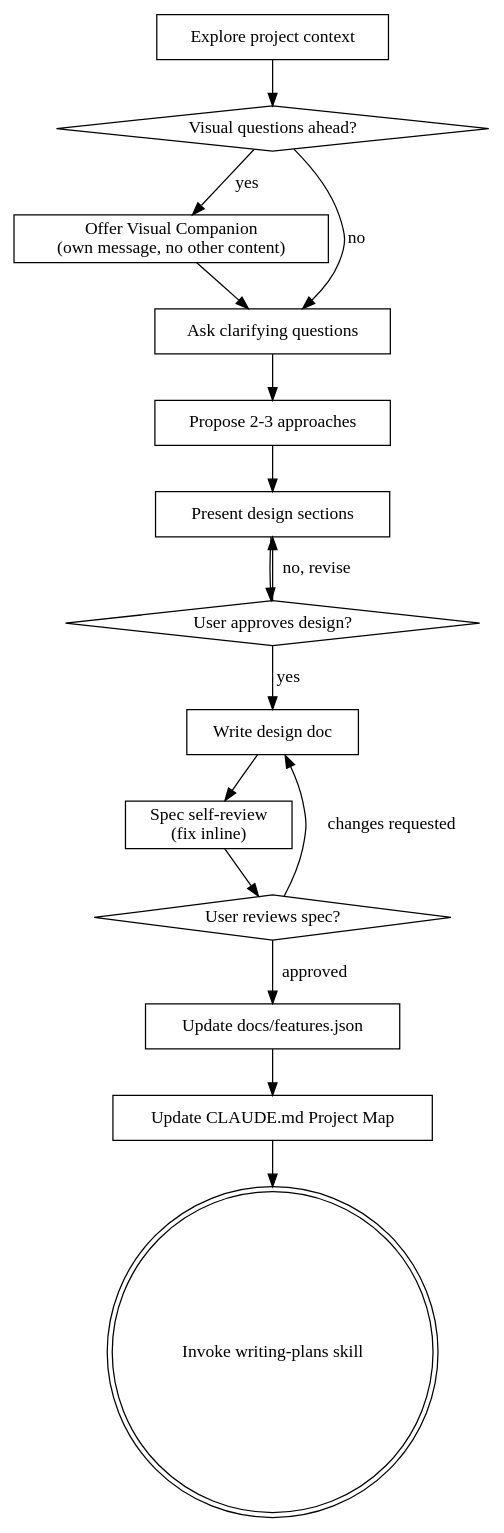
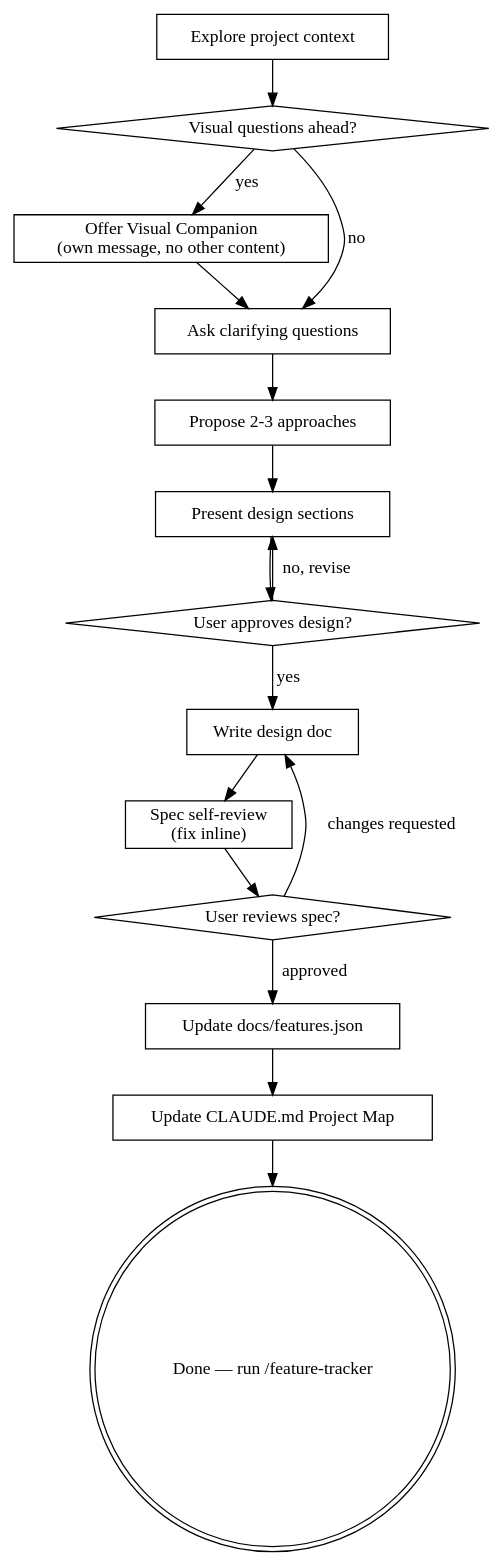
One commit to shawnyin128/superpowers changed the diagram in skills/brainstorming/SKILL.md. Above: the diagram before and after it, drawn with Graphviz. The commit also changed other lines of this file, not shown here.

First line of the commit message:
[skills]: brainstorming ends at features.json, no longer calls writing-plans

````diff
--- a/skills/brainstorming/SKILL.md
+++ b/skills/brainstorming/SKILL.md
@@ -39,34 +39,34 @@
 ```dot
 digraph brainstorming {
     "Explore project context" [shape=box];
     "Visual questions ahead?" [shape=diamond];
     "Offer Visual Companion\n(own message, no other content)" [shape=box];
     "Ask clarifying questions" [shape=box];
     "Propose 2-3 approaches" [shape=box];
     "Present design sections" [shape=box];
     "User approves design?" [shape=diamond];
     "Write design doc" [shape=box];
     "Spec self-review\n(fix inline)" [shape=box];
     "User reviews spec?" [shape=diamond];
-    "Invoke writing-plans skill" [shape=doublecircle];
+    "Done — run /feature-tracker" [shape=doublecircle];
 
     "Explore project context" -> "Visual questions ahead?";
     "Visual questions ahead?" -> "Offer Visual Companion\n(own message, no other content)" [label="yes"];
     "Visual questions ahead?" -> "Ask clarifying questions" [label="no"];
     "Offer Visual Companion\n(own message, no other content)" -> "Ask clarifying questions";
     "Ask clarifying questions" -> "Propose 2-3 approaches";
     "Propose 2-3 approaches" -> "Present design sections";
     "Present design sections" -> "User approves design?";
     "User approves design?" -> "Present design sections" [label="no, revise"];
     "User approves design?" -> "Write design doc" [label="yes"];
     "Write design doc" -> "Spec self-review\n(fix inline)";
     "Spec self-review\n(fix inline)" -> "User reviews spec?";
     "Update docs/features.json" [shape=box];
     "Update CLAUDE.md Project Map" [shape=box];
 
     "User reviews spec?" -> "Write design doc" [label="changes requested"];
     "User reviews spec?" -> "Update docs/features.json" [label="approved"];
     "Update docs/features.json" -> "Update CLAUDE.md Project Map";
-    "Update CLAUDE.md Project Map" -> "Invoke writing-plans skill";
+    "Update CLAUDE.md Project Map" -> "Done — run /feature-tracker";
 }
 ```
````
